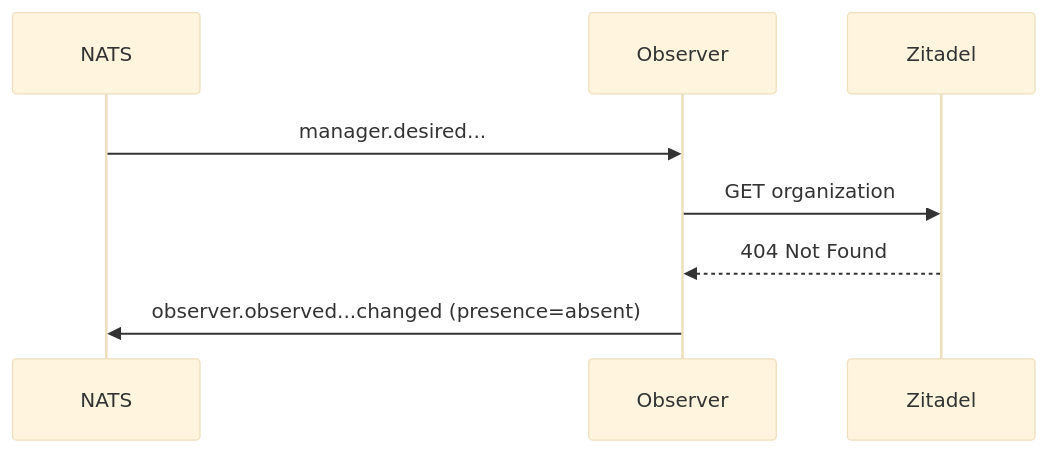
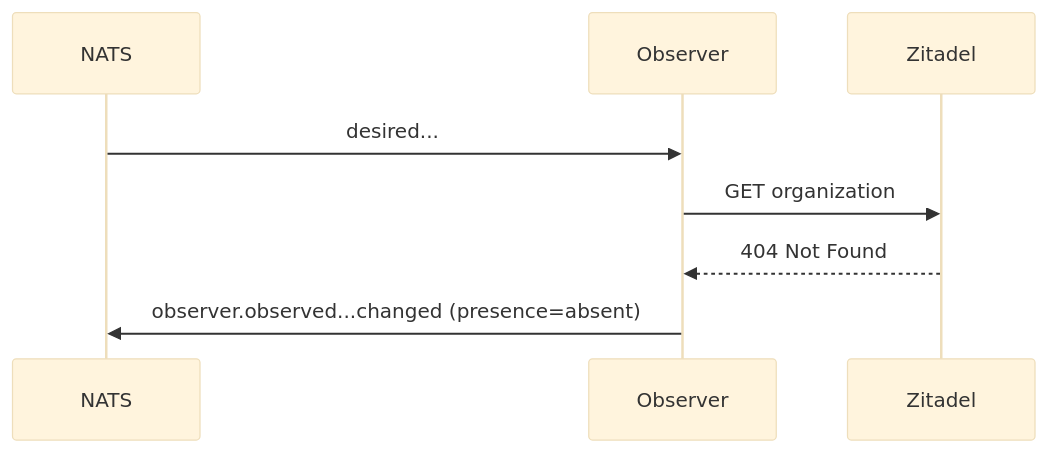
The tenth of 18 diagrams in docs/loop/RESOURCE-CONTROL-LOOP.md (danielsabatini/smarkee), drawn with Mermaid (base theme) before and after one commit. The commit also changed other lines of this file and 81 other files, not shown here.

Commit message:
docs: alinhar documentações e diagramas aos subjects de 4 tokens do NATS

````diff
--- a/docs/loop/RESOURCE-CONTROL-LOOP.md
+++ b/docs/loop/RESOURCE-CONTROL-LOOP.md
@@ -690,11 +690,11 @@
 ```mermaid
 sequenceDiagram
     participant NATS
     participant Observer
     participant Zitadel
 
-    NATS->>Observer: manager.desired...
+    NATS->>Observer: desired...
     Observer->>Zitadel: GET organization
     Zitadel-->>Observer: 404 Not Found
     Observer->>NATS: observer.observed...changed (presence=absent)
 ```
````
